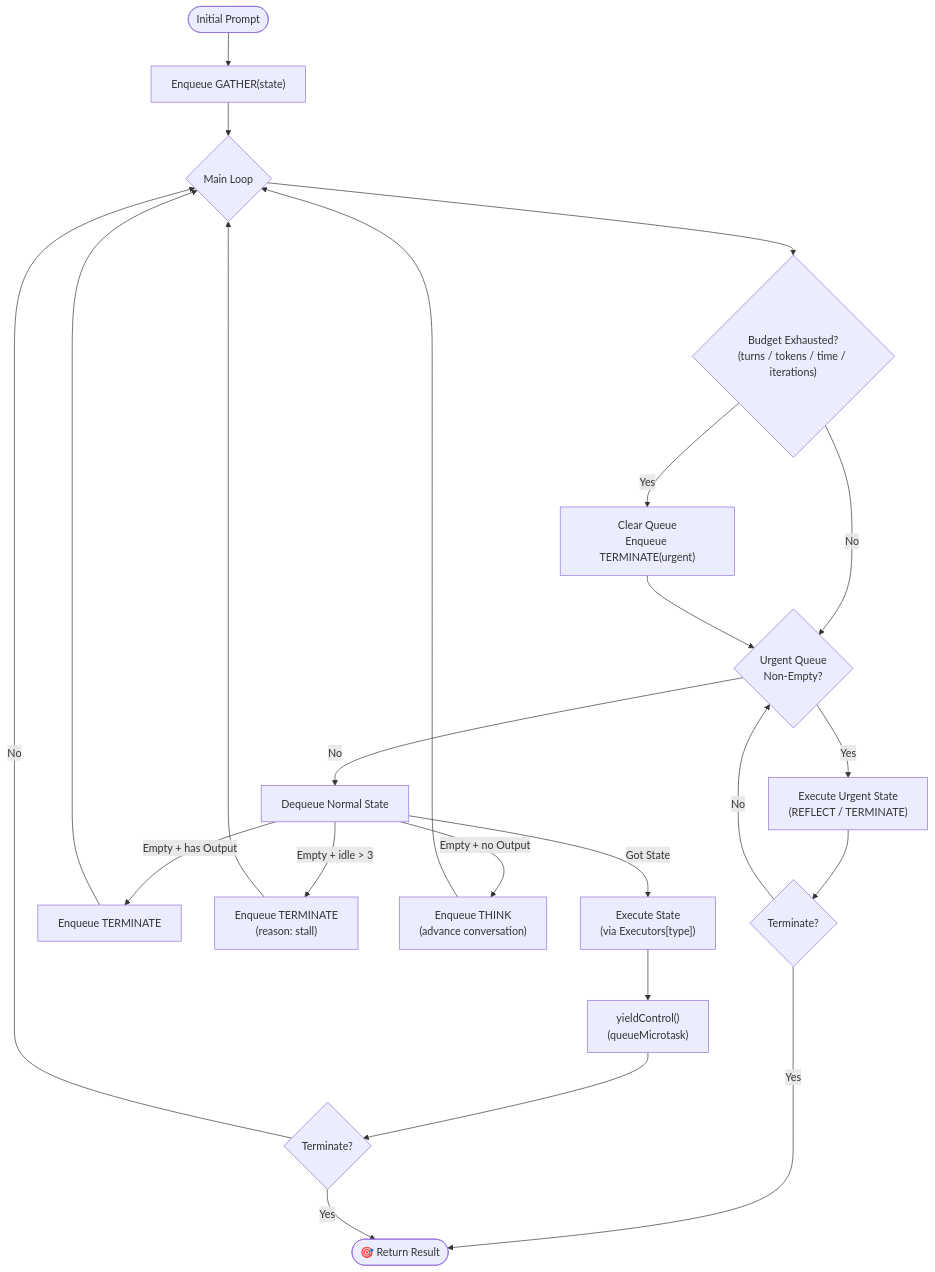
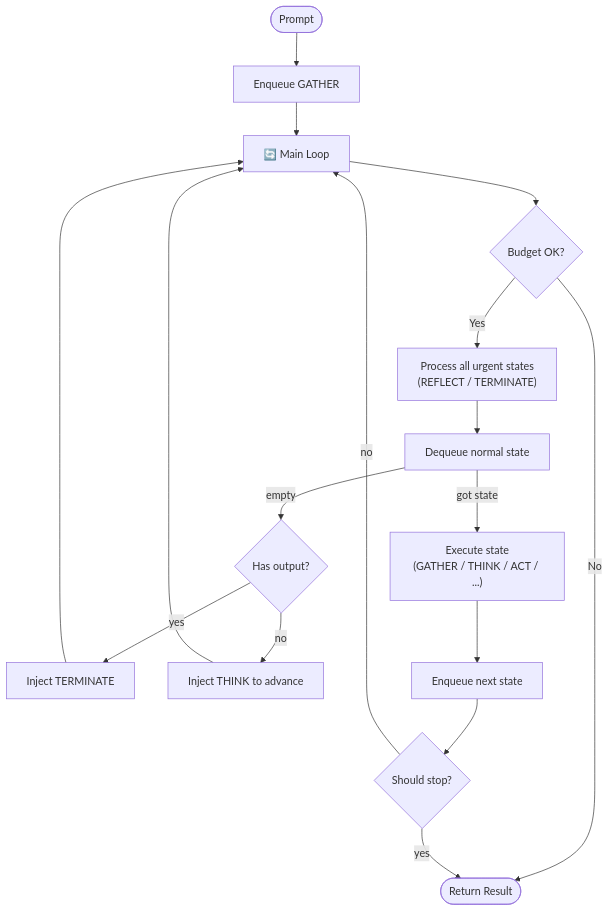
Before and after one commit to archerzing-tech/agent-event-loop: the second of 3 diagrams in README.md, drawn with Mermaid. The commit also changed other lines of this file, not shown here.

Commit message:
simplify Mermaid diagrams: remove subgraph/edge details, fix Budget termination path

````diff
--- a/README.md
+++ b/README.md
@@ -76,33 +53,22 @@
 ```mermaid
 flowchart TD
-    Start([Initial Prompt]) --> EnqGATHER["Enqueue GATHER(state)"]
-    EnqGATHER --> LoopStart{"Main Loop"}
+    Start([Prompt]) --> Enq["Enqueue GATHER"]
+    Enq --> Loop["🔄 Main Loop"]
 
-    LoopStart --> CheckBudget{"Budget Exhausted?<br/>(turns / tokens / time / iterations)"}
-    CheckBudget -->|"Yes"| ForceTerm["Clear Queue<br/>Enqueue TERMINATE(urgent)"]
-    CheckBudget -->|"No"| ProcessUrgent{"Urgent Queue<br/>Non-Empty?"}
+    Loop --> Budget{"Budget OK?"}
+    Budget -->|"No"| Finish(["Return Result"])
+    Budget -->|"Yes"| Urgent["Process all urgent states<br/>(REFLECT / TERMINATE)"]
+    Urgent --> Dequeue["Dequeue normal state"]
 
-    ProcessUrgent -->|"Yes"| ExecUrgent["Execute Urgent State<br/>(REFLECT / TERMINATE)"]
-    ExecUrgent --> CheckTerm{"Terminate?"}
-    CheckTerm -->|"Yes"| Finish(["🎯 Return Result"])
-    CheckTerm -->|"No"| ProcessUrgent
+    Dequeue -->|"empty"| EmptyCheck{"Has output?"}
+    EmptyCheck -->|"yes"| InjectTerm["Inject TERMINATE"]
+    EmptyCheck -->|"no"| InjectThink["Inject THINK to advance"]
+    InjectTerm --> Loop
+    InjectThink --> Loop
 
-    ProcessUrgent -->|"No"| Dequeue["Dequeue Normal State"]
-
-    Dequeue -->|"Empty + has Output"| EnqTerm["Enqueue TERMINATE"]
-    Dequeue -->|"Empty + idle &gt; 3"| EnqStall["Enqueue TERMINATE<br/>(reason: stall)"]
-    Dequeue -->|"Empty + no Output"| EnqThink["Enqueue THINK<br/>(advance conversation)"]
-
-    EnqTerm --> LoopStart
-    EnqStall --> LoopStart
-    EnqThink --> LoopStart
-
-    Dequeue -->|"Got State"| Execute["Execute State<br/>(via Executors[type])"]
-    Execute --> Yield["yieldControl()<br/>(queueMicrotask)"]
-    Yield --> CheckTerm2{"Terminate?"}
-
-    CheckTerm2 -->|"Yes"| Finish
-    CheckTerm2 -->|"No"| LoopStart
-
-    ForceTerm --> ProcessUrgent
+    Dequeue -->|"got state"| Execute["Execute state<br/>(GATHER / THINK / ACT / ...)"]
+    Execute --> EnqueueNext["Enqueue next state"]
+    EnqueueNext --> TermCheck{"Should stop?"}
+    TermCheck -->|"yes"| Finish(["Return Result"])
+    TermCheck -->|"no"| Loop
 ```
````
